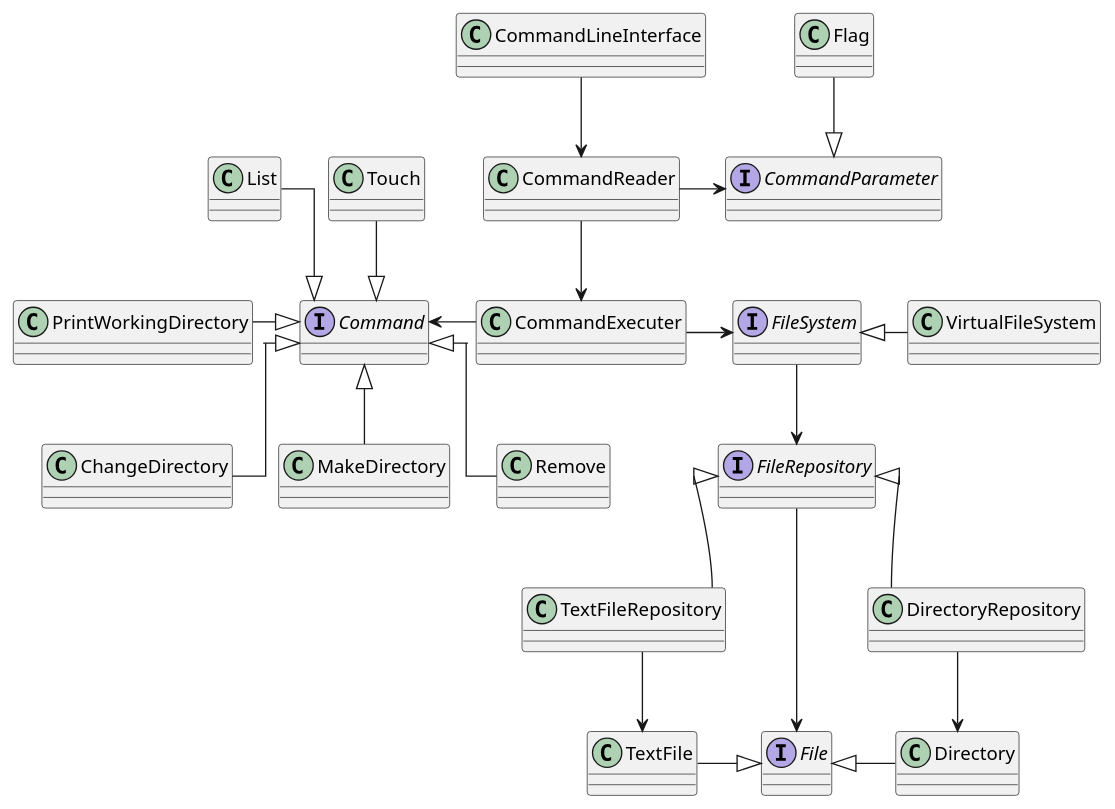
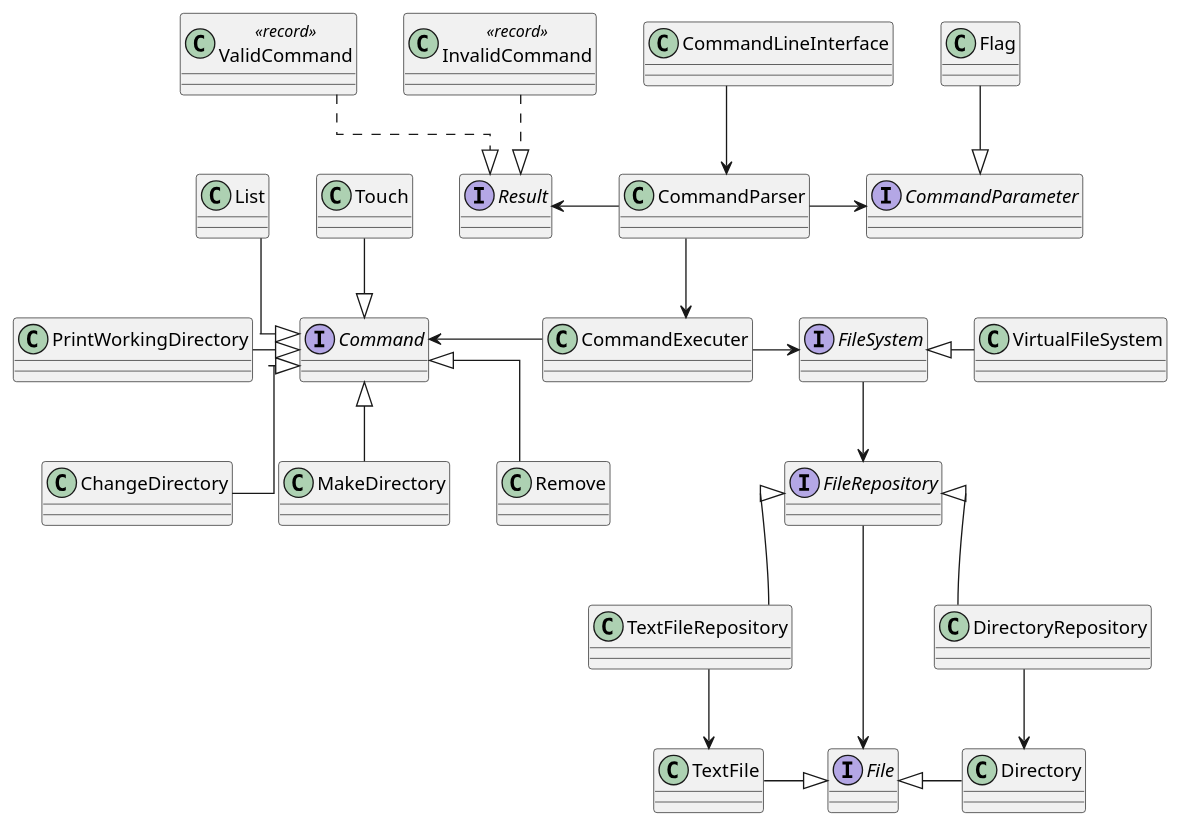
One commit to austral-ingsis-classroom/clifford-juliriton changed the diagram in src/main/java/edu/austral/ingsis/uml/CLIClassDiagram.puml. Above: the diagram before and after it, drawn with PlantUML. The commit also changed 4 other files, not shown here.

Commit message:
Added CommandLineInterface and CommandParser initial implementations, redesigned system to implement a Result class, updated uml to reflect changes

```diff
--- a/src/main/java/edu/austral/ingsis/uml/CLIClassDiagram.puml
+++ b/src/main/java/edu/austral/ingsis/uml/CLIClassDiagram.puml
@@ -1,66 +1,74 @@
 @startuml
 skinparam classAttributeIconSize 0
 skinparam linetype ortho
 
 interface fs as "FileSystem"
 interface fr as "FileRepository"
 interface f as "File"
 interface c as "Command"
 interface cp as "CommandParameter"
 
 class flg as "Flag"
 
 class t as "Touch"
 class ls as "List"
 class cd as "ChangeDirectory"
 class mkdir as "MakeDirectory"
 class rm as "Remove"
 class pwd as "PrintWorkingDirectory"
 
 class txtfr as "TextFileRepository"
 class dr as "DirectoryRepository"
 
-class cr as "CommandReader"
+class cps as "CommandParser"
 class ce as "CommandExecuter"
 class cli as "CommandLineInterface"
+
+interface r as "Result"
+class vc  as "ValidCommand" <<record>>
+class ic as "InvalidCommand" <<record>>
+
+vc .down.|> r
+ic .down.|> r
+cps -left-> r
 
 class txtf as "TextFile"
 class d as "Directory"
 
 class vfs as "VirtualFileSystem"
 
-cli -down-> cr
-cr -right-> cp
-cr -down-> ce
+cli -down-> cps
+cps -right-> cp
+cps -down-> ce
 
 ce -left-> c
 c <|-up- t
 c <|-up- ls
 c <|-down- cd
 c <|-down- mkdir
 c <|-down- rm
 c <|-left- pwd
 
 ce -right-> fs
 fs <|-right- vfs
 fs -down-> fr
 fr -left-> f
 
 f <|-right- d
 f <|-left- txtf
 
 txtfr -up-|> fr
 txtfr -down-> txtf
 dr -up-|> fr
 dr -down-> d
 
 cp <|-up- flg
 
 
 
 
 
 
 
 
 @enduml
```
